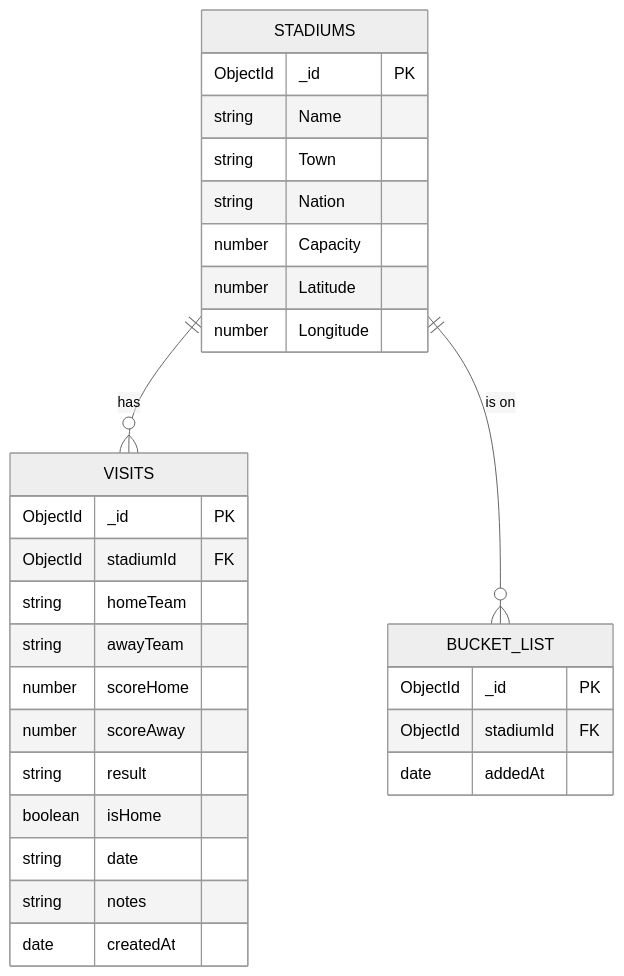
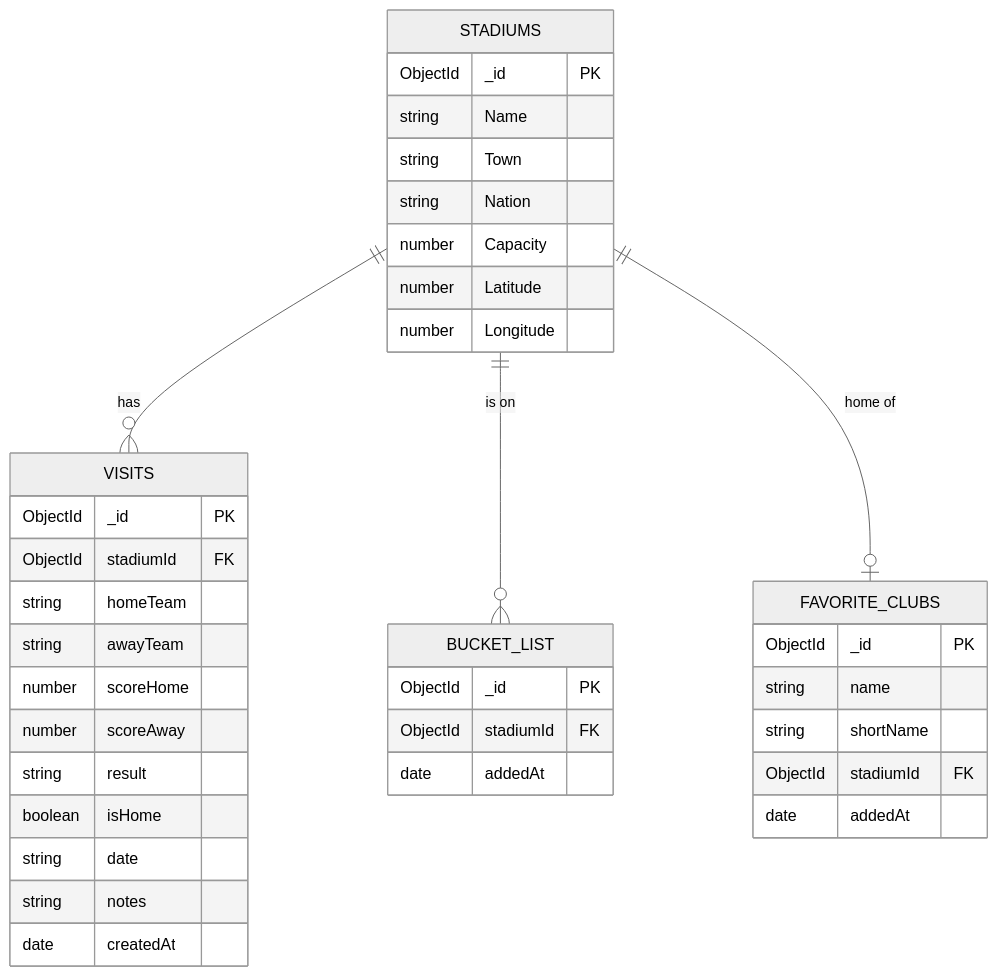
The diagram in README.md (zeitmann/StadionTracker), drawn with Mermaid (neutral theme) before and after one commit. The commit also changed other lines of this file, not shown here.

Commit message:
docs: update README with favorite clubs feature and removed win-rate decisions

````diff
--- a/README.md
+++ b/README.md
@@ -240,35 +244,44 @@
   ```mermaid
   erDiagram
       STADIUMS {
           ObjectId _id PK
           string Name
           string Town
           string Nation
           number Capacity
           number Latitude
           number Longitude
       }
 
       VISITS {
           ObjectId _id PK
           ObjectId stadiumId FK
           string homeTeam
           string awayTeam
           number scoreHome
           number scoreAway
           string result
           boolean isHome
           string date
           string notes
           date createdAt
       }
 
       BUCKET_LIST {
           ObjectId _id PK
           ObjectId stadiumId FK
           date addedAt
       }
 
+      FAVORITE_CLUBS {
+          ObjectId _id PK
+          string name
+          string shortName
+          ObjectId stadiumId FK
+          date addedAt
+      }
+
       STADIUMS ||--o{ VISITS : "has"
       STADIUMS ||--o{ BUCKET_LIST : "is on"
+      STADIUMS ||--o| FAVORITE_CLUBS : "home of"
   ```
````
